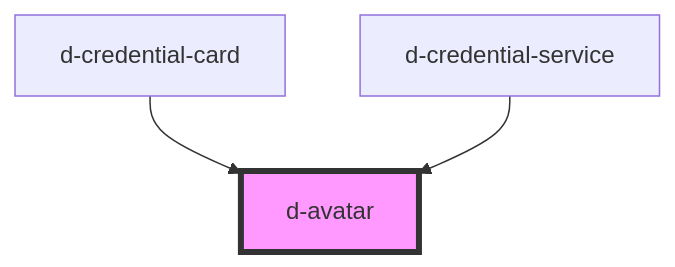
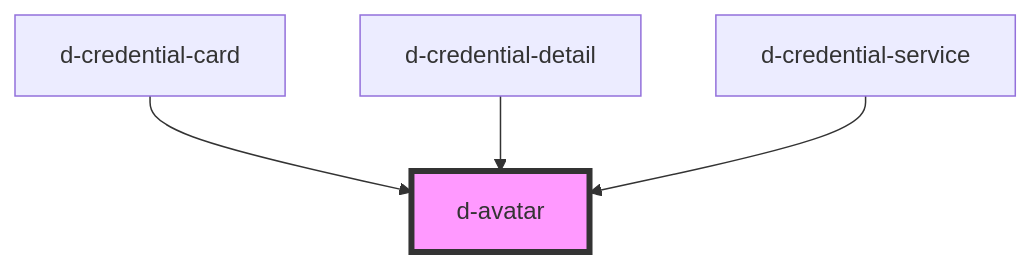
One commit to ForkbombEu/didroom-components changed the diagram in src/components/avatar/readme.md. Above: the diagram before and after it, drawn with Mermaid. The commit also changed other lines of this file and 10 other files, not shown here.

````diff
--- a/src/components/avatar/readme.md
+++ b/src/components/avatar/readme.md
@@ -26,6 +27,7 @@
 ```mermaid
 graph TD;
   d-credential-card --> d-avatar
+  d-credential-detail --> d-avatar
   d-credential-service --> d-avatar
   style d-avatar fill:#f9f,stroke:#333,stroke-width:4px
 ```
````
